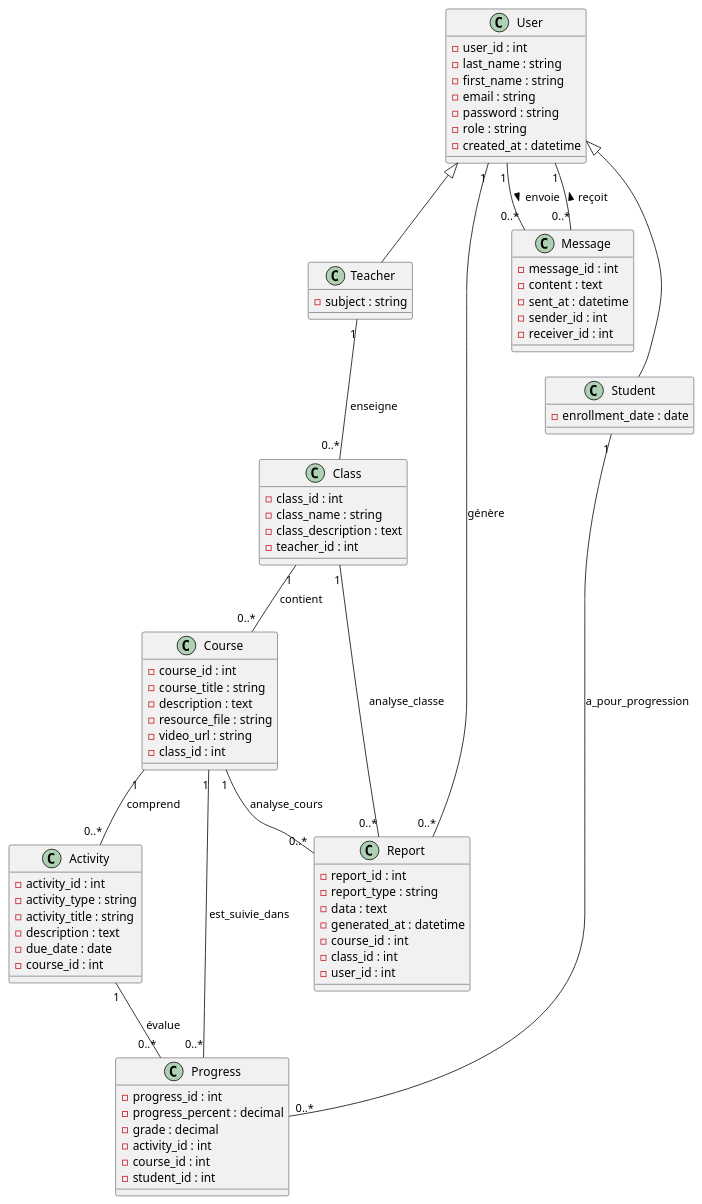
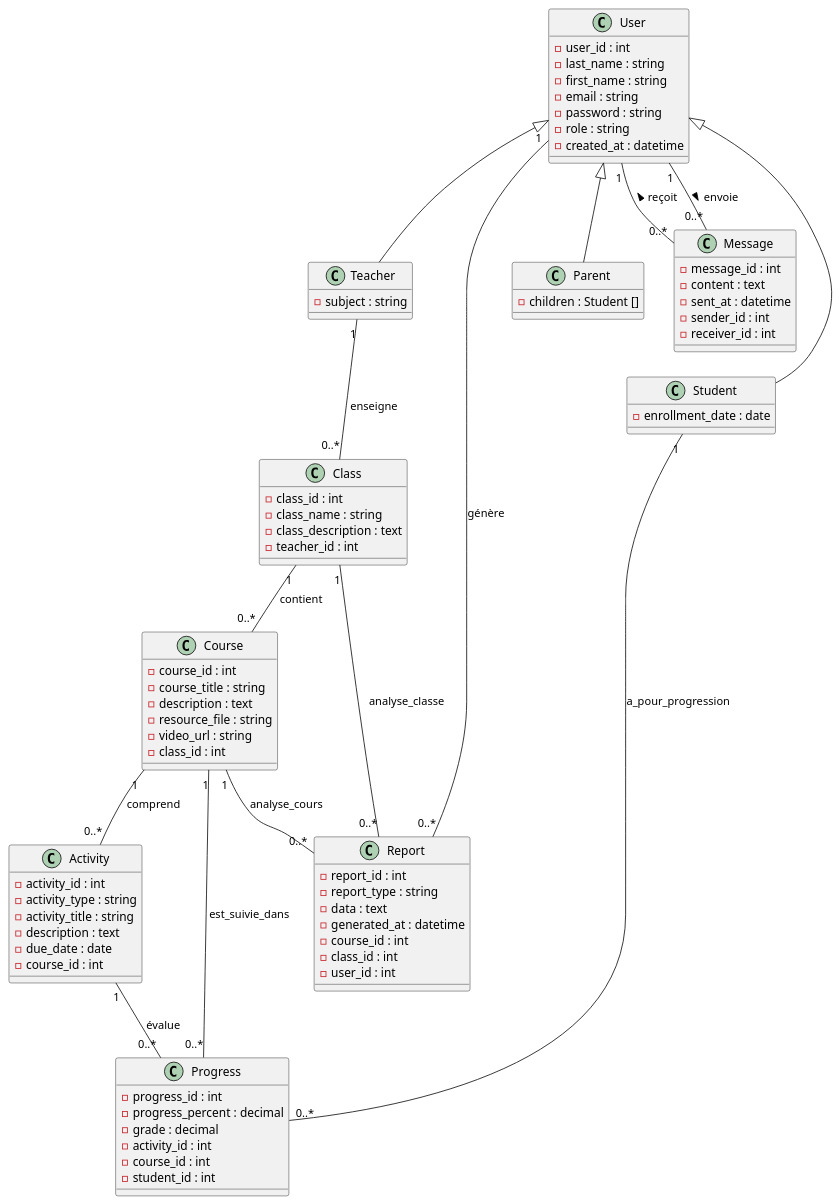
The diagram in Conception/classe/classe.puml (AurelienDillies/Primeo), drawn with PlantUML before and after one commit. The commit also changed 9 other files, not shown here.

```diff
--- a/Conception/classe/classe.puml
+++ b/Conception/classe/classe.puml
@@ -1,96 +1,100 @@
 @startuml
 
 ' ======================
 ' Classes
 ' ======================
 
 class User {
   -user_id : int
   -last_name : string
   -first_name : string
   -email : string
   -password : string
   -role : string
   -created_at : datetime
 }
 
 class Teacher extends User {
   -subject : string
 }
 
 class Student extends User {
   -enrollment_date : date
+}
+
+class Parent extends User {
+  - children : Student []
 }
 
 class Class {
   -class_id : int
   -class_name : string
   -class_description : text
   -teacher_id : int
 }
 
 class Course {
   -course_id : int
   -course_title : string
   -description : text
   -resource_file : string
   -video_url : string
   -class_id : int
 }
 
 class Activity {
   -activity_id : int
   -activity_type : string
   -activity_title : string
   -description : text
   -due_date : date
   -course_id : int
 }
 
 class Message {
   -message_id : int
   -content : text
   -sent_at : datetime
   -sender_id : int
   -receiver_id : int
 }
 
 class Progress {
   -progress_id : int
   -progress_percent : decimal
   -grade : decimal
   -activity_id : int
   -course_id : int
   -student_id : int
 }
 
 class Report {
   -report_id : int
   -report_type : string
   -data : text
   -generated_at : datetime
   -course_id : int
   -class_id : int
   -user_id : int
 }
 
 ' ======================
 ' Relations
 ' ======================
 
 Teacher "1" -- "0..*" Class : enseigne
 Class "1" -- "0..*" Course : contient
 Course "1" -- "0..*" Activity : comprend
 
 User "1" -- "0..*" Message : envoie >
 User "1" -- "0..*" Message : < reçoit
 
 Student "1" -- "0..*" Progress : a_pour_progression
 Course "1" -- "0..*" Progress : est_suivie_dans
 Activity "1" -- "0..*" Progress : évalue
 
 User "1" -- "0..*" Report : génère
 Class "1" -- "0..*" Report : analyse_classe
 Course "1" -- "0..*" Report : analyse_cours
 
 @enduml
```
